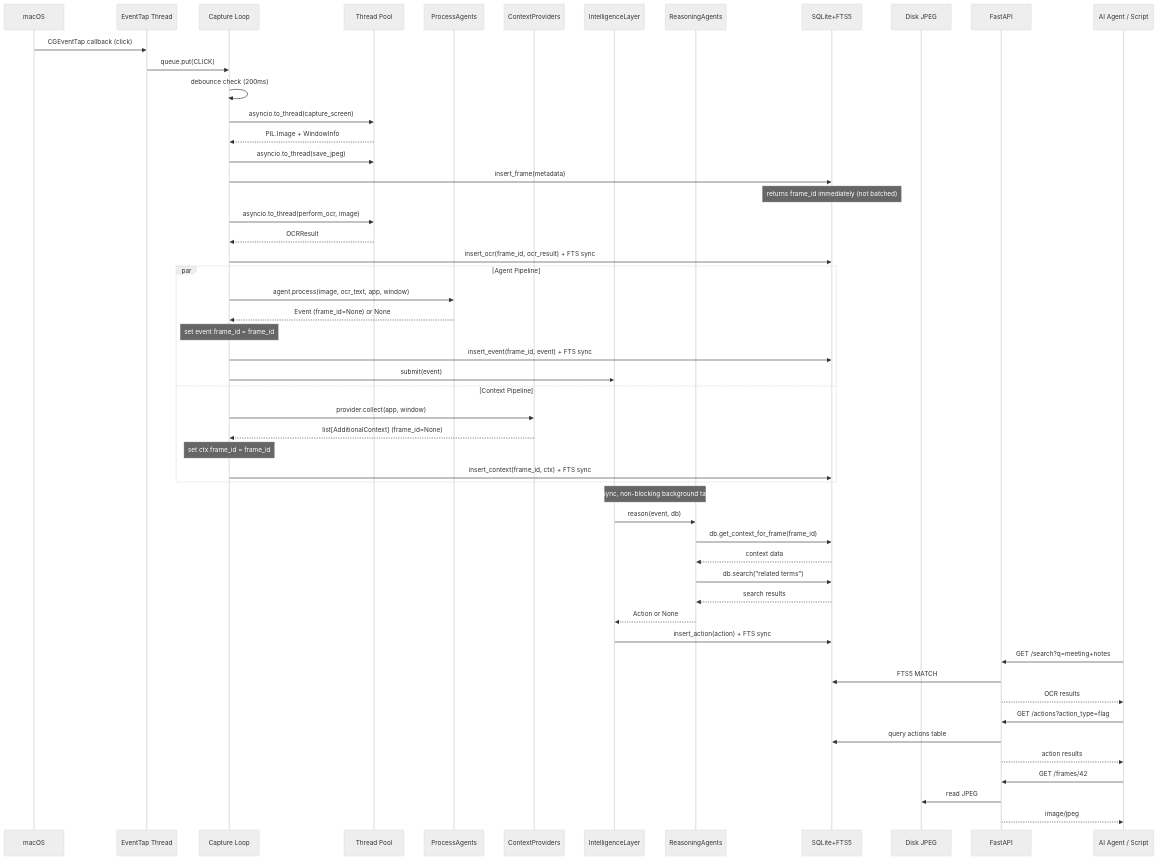
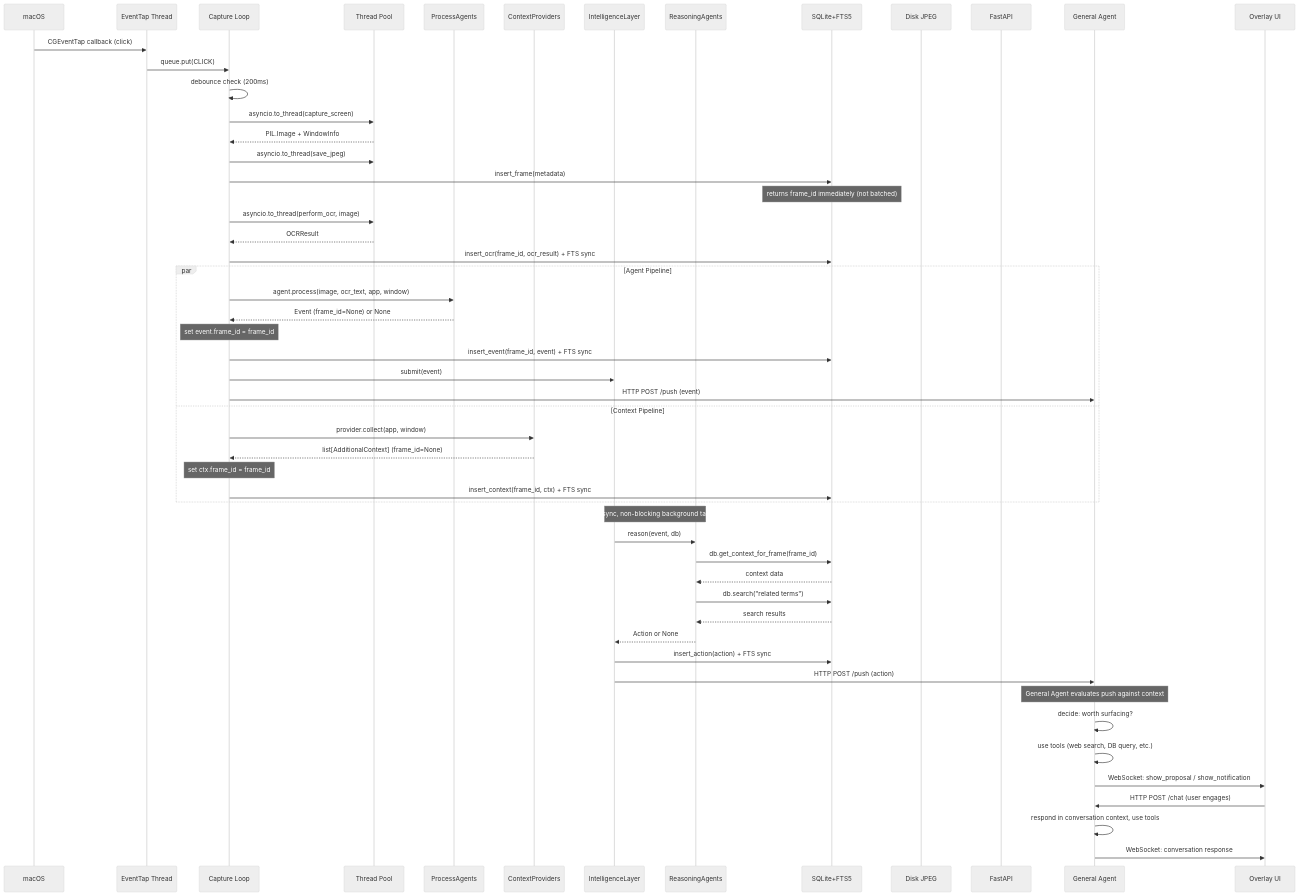
Before and after one commit to afflictixn/glimpse: the third of 3 diagrams in spec.md, drawn with Mermaid (neutral theme). The commit also changed other lines of this file and 1 other file, not shown here.

First line of the commit message:
Add general agent to architecture spec

````diff
--- a/spec.md
+++ b/spec.md
@@ -911,62 +967,62 @@
 ```mermaid
 sequenceDiagram
     participant OS as macOS
     participant ET as EventTap Thread
     participant CL as Capture Loop
     participant TP as Thread Pool
     participant PA as ProcessAgents
     participant CP as ContextProviders
     participant IL as IntelligenceLayer
     participant RA as ReasoningAgents
     participant DB as SQLite+FTS5
     participant FS as Disk JPEG
     participant API as FastAPI
-    participant Consumer as AI Agent / Script
+    participant GA as General Agent
+    participant OV as Overlay UI
 
     OS->>ET: CGEventTap callback (click)
     ET->>CL: queue.put(CLICK)
     CL->>CL: debounce check (200ms)
     CL->>TP: asyncio.to_thread(capture_screen)
     TP-->>CL: PIL.Image + WindowInfo
     CL->>TP: asyncio.to_thread(save_jpeg)
     CL->>DB: insert_frame(metadata)
     Note over DB: returns frame_id immediately (not batched)
 
     CL->>TP: asyncio.to_thread(perform_ocr, image)
     TP-->>CL: OCRResult
     CL->>DB: insert_ocr(frame_id, ocr_result) + FTS sync
 
     par Agent Pipeline
         CL->>PA: agent.process(image, ocr_text, app, window)
         PA-->>CL: Event (frame_id=None) or None
         Note over CL: set event.frame_id = frame_id
         CL->>DB: insert_event(frame_id, event) + FTS sync
         CL->>IL: submit(event)
+        CL->>GA: HTTP POST /push (event)
     and Context Pipeline
         CL->>CP: provider.collect(app, window)
         CP-->>CL: list[AdditionalContext] (frame_id=None)
         Note over CL: set ctx.frame_id = frame_id
         CL->>DB: insert_context(frame_id, ctx) + FTS sync
     end
 
     Note over IL,RA: Async, non-blocking background task
     IL->>RA: reason(event, db)
     RA->>DB: db.get_context_for_frame(frame_id)
     DB-->>RA: context data
     RA->>DB: db.search("related terms")
     DB-->>RA: search results
     RA-->>IL: Action or None
     IL->>DB: insert_action(action) + FTS sync
+    IL->>GA: HTTP POST /push (action)
 
-    Consumer->>API: GET /search?q=meeting+notes
-    API->>DB: FTS5 MATCH
-    API-->>Consumer: OCR results
+    Note over GA: General Agent evaluates push against context
+    GA->>GA: decide: worth surfacing?
+    GA->>GA: use tools (web search, DB query, etc.)
+    GA->>OV: WebSocket: show_proposal / show_notification
 
-    Consumer->>API: GET /actions?action_type=flag
-    API->>DB: query actions table
-    API-->>Consumer: action results
-
-    Consumer->>API: GET /frames/42
-    API->>FS: read JPEG
-    API-->>Consumer: image/jpeg
+    OV->>GA: HTTP POST /chat (user engages)
+    GA->>GA: respond in conversation context, use tools
+    GA->>OV: WebSocket: conversation response
 ```
````
